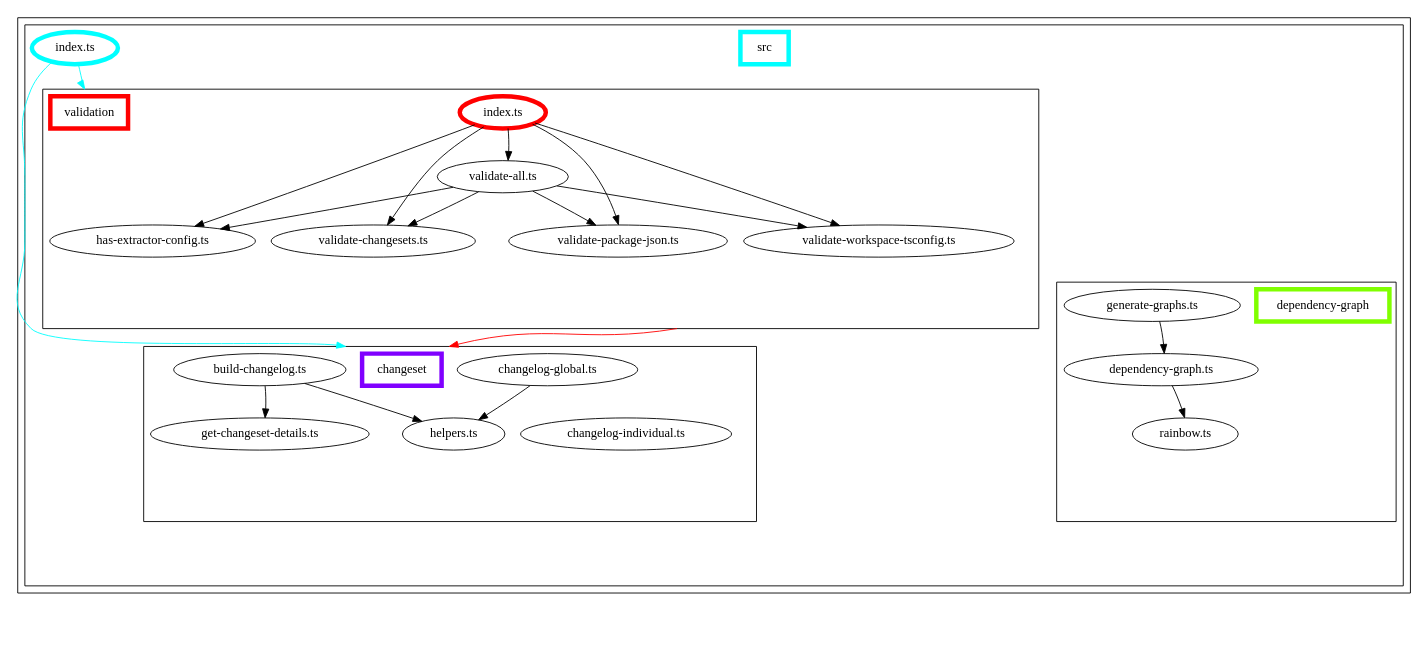
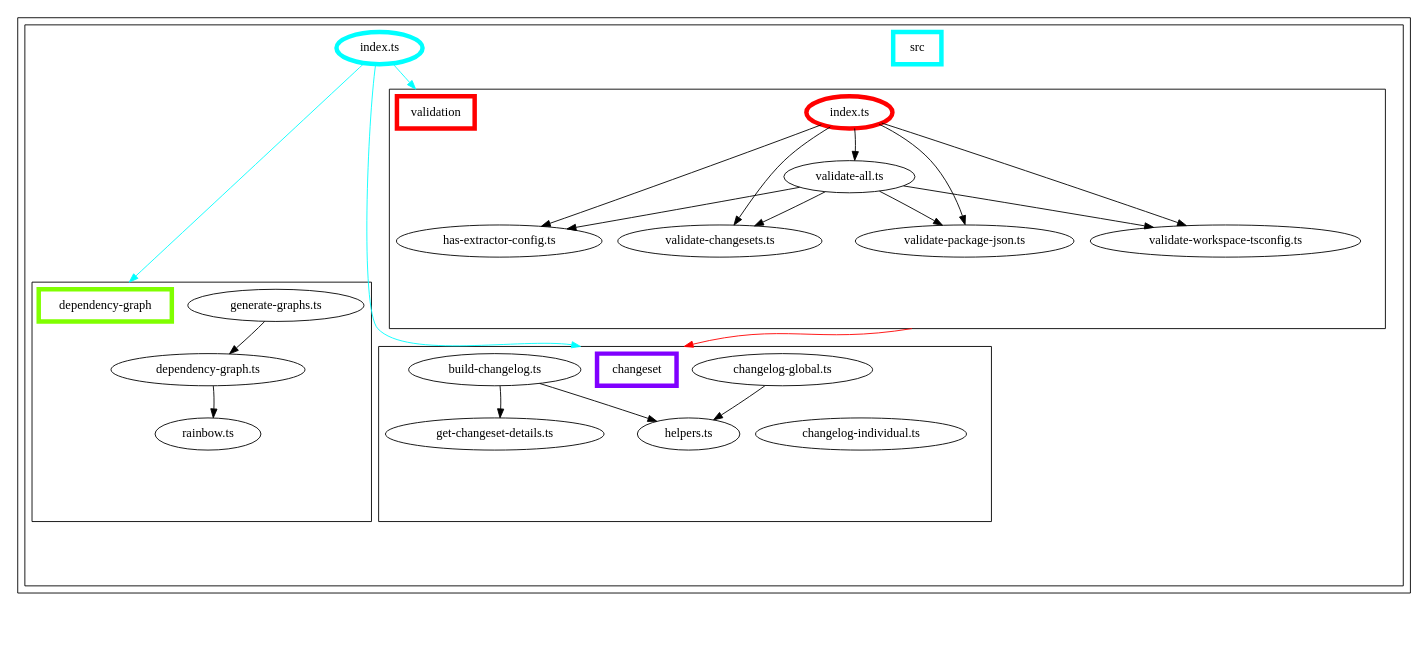
Before and after one commit to Siteimprove/alfa: the diagram in packages/alfa-toolchain/docs/dependency-graph.dot, drawn with Graphviz. The commit also changed 54 other files, not shown here.

```diff
--- a/packages/alfa-toolchain/docs/dependency-graph.dot
+++ b/packages/alfa-toolchain/docs/dependency-graph.dot
@@ -10,6 +10,8 @@
   "src/changeset/changelog-global.ts";
   "name_src/changeset";
   "src/changeset/changelog-individual.ts";
+  "src/dependency-graph/generate-graphs.ts";
+  "name_src/dependency-graph";
   "src/validation/index.ts";
   "name_src/validation";
   "src/validation/has-extractor-config.ts";
@@ -321,6 +323,12 @@
   "src/index.ts" -> "name_src/changeset" [
     style = "invis";
   ];
+  "src/index.ts" -> "name_src/dependency-graph" [
+    style = "solid";
+    ltail = "cluster_src/index.ts";
+    lhead = "cluster_src/dependency-graph";
+    color = "#00ffff";
+  ];
   "src/index.ts" -> "name_src/validation" [
     style = "solid";
     ltail = "cluster_src/index.ts";
```
